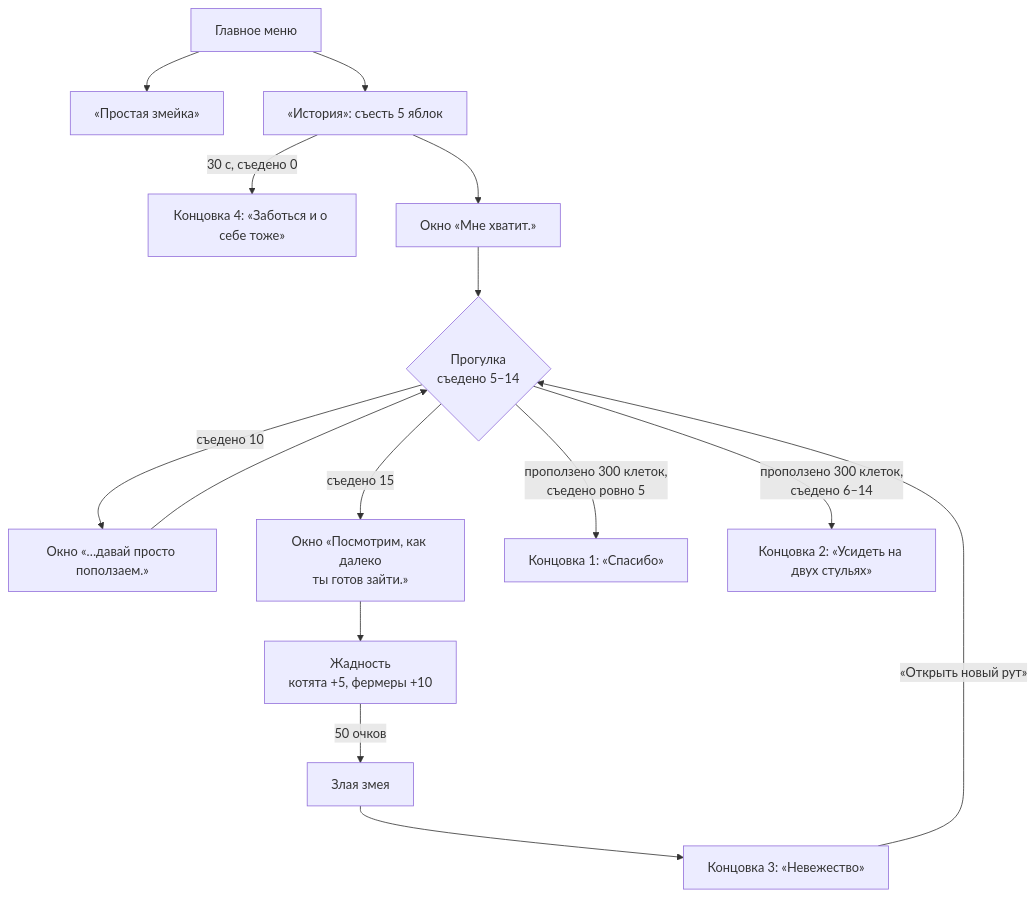
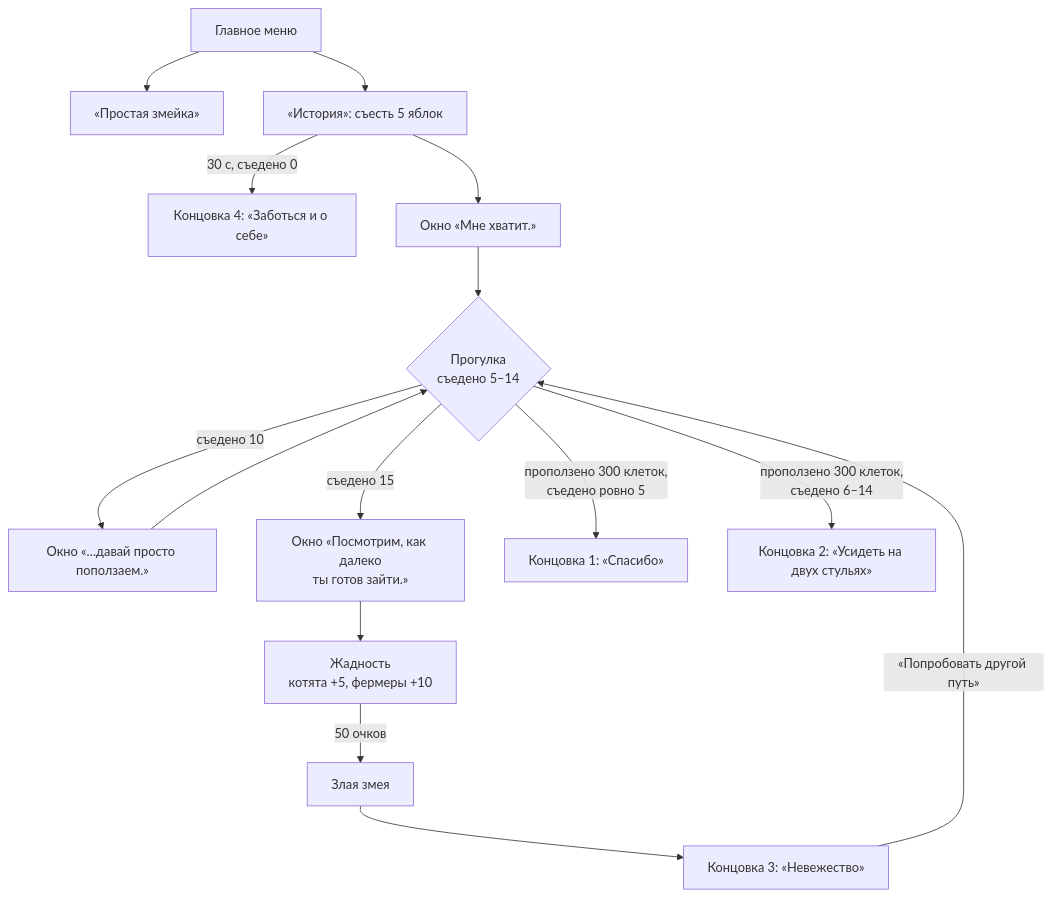
One commit to Zaidejas/GC26 changed the diagram in docs/gdd_snake_draft_v2_1.md. Above: the diagram before and after it, drawn with Mermaid. The commit also changed other lines of this file and 24 other files, not shown here.

````diff
--- a/docs/gdd_snake_draft_v2_1.md
+++ b/docs/gdd_snake_draft_v2_1.md
@@ -397,17 +397,17 @@
 ```mermaid
 flowchart TD
     Menu["Главное меню"] --> Simple["«Простая змейка»"]
     Menu --> Start["«История»: съесть 5 яблок"]
-    Start -->|"30 с, съедено 0"| E4["Концовка 4: «Заботься и о себе тоже»"]
+    Start -->|"30 с, съедено 0"| E4["Концовка 4: «Заботься и о себе»"]
     Start --> Enough["Окно «Мне хватит.»"]
     Enough --> Walk{"Прогулка<br/>съедено 5–14"}
     Walk -->|"съедено 10"| W10["Окно «…давай просто поползаем.»"]
     W10 --> Walk
     Walk -->|"съедено 15"| W15["Окно «Посмотрим, как далеко<br/>ты готов зайти.»"]
     W15 --> Greed["Жадность<br/>котята +5, фермеры +10"]
     Walk -->|"проползено 300 клеток,<br/>съедено ровно 5"| E1["Концовка 1: «Спасибо»"]
     Walk -->|"проползено 300 клеток,<br/>съедено 6–14"| E2["Концовка 2: «Усидеть на двух стульях»"]
     Greed -->|"50 очков"| Evil["Злая змея"]
     Evil --> E3["Концовка 3: «Невежество»"]
-    E3 -->|"«Открыть новый рут»"| Walk
+    E3 -->|"«Попробовать другой путь»"| Walk
 ```
````
